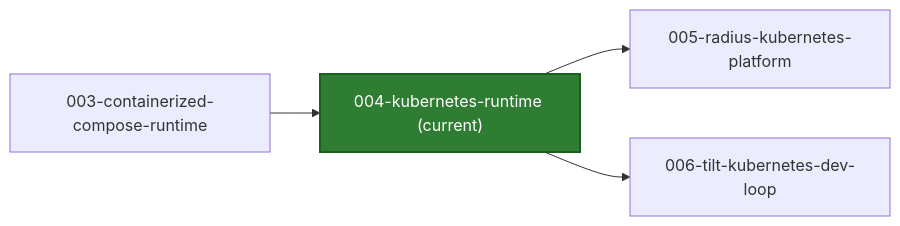
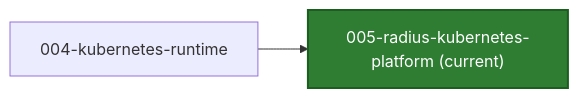
The diagram in README.md (finos/traderX), drawn with Mermaid before and after one commit. The commit also changed other lines of this file and 19 other files, not shown here.

First line of the commit message:
snapshot: 005-radius-kubernetes-platform generated from 68d19a554c7480a615b19c024eb0a88228c6b9ad

````diff
--- a/README.md
+++ b/README.md
@@ -21,12 +21,8 @@
 ```mermaid
 flowchart LR
-  S_CUR["004-kubernetes-runtime (current)"]
+  S_CUR["005-radius-kubernetes-platform (current)"]
   style S_CUR fill:#2e7d32,stroke:#1b5e20,color:#ffffff,stroke-width:2px
-  S_PREV_003_containerized_compose_runtime["003-containerized-compose-runtime"] --> S_CUR
-  click S_PREV_003_containerized_compose_runtime href "https://github.com/finos/traderX/tree/code%2Fgenerated-state-003-containerized-compose-runtime" "Open branch"
-  S_CUR --> S_NEXT_005_radius_kubernetes_platform["005-radius-kubernetes-platform"]
-  click S_NEXT_005_radius_kubernetes_platform href "https://github.com/finos/traderX/tree/code%2Fgenerated-state-005-radius-kubernetes-platform" "Open branch"
-  S_CUR --> S_NEXT_006_tilt_kubernetes_dev_loop["006-tilt-kubernetes-dev-loop"]
-  click S_NEXT_006_tilt_kubernetes_dev_loop href "https://github.com/finos/traderX/tree/code%2Fgenerated-state-006-tilt-kubernetes-dev-loop" "Open branch"
-  click S_CUR href "https://github.com/finos/traderX/tree/code%2Fgenerated-state-004-kubernetes-runtime" "Open current branch"
+  S_PREV_004_kubernetes_runtime["004-kubernetes-runtime"] --> S_CUR
+  click S_PREV_004_kubernetes_runtime href "https://github.com/finos/traderX/tree/code%2Fgenerated-state-004-kubernetes-runtime" "Open branch"
+  click S_CUR href "https://github.com/finos/traderX/tree/code%2Fgenerated-state-005-radius-kubernetes-platform" "Open current branch"
 ```
````
